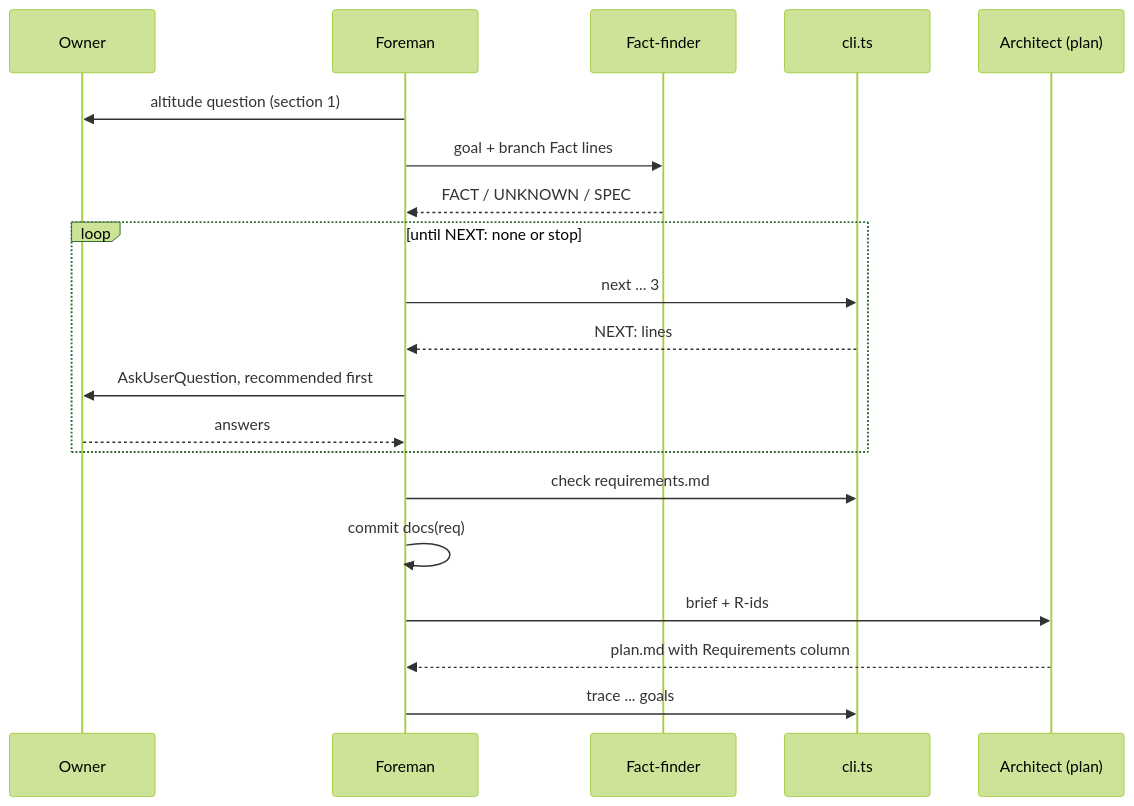
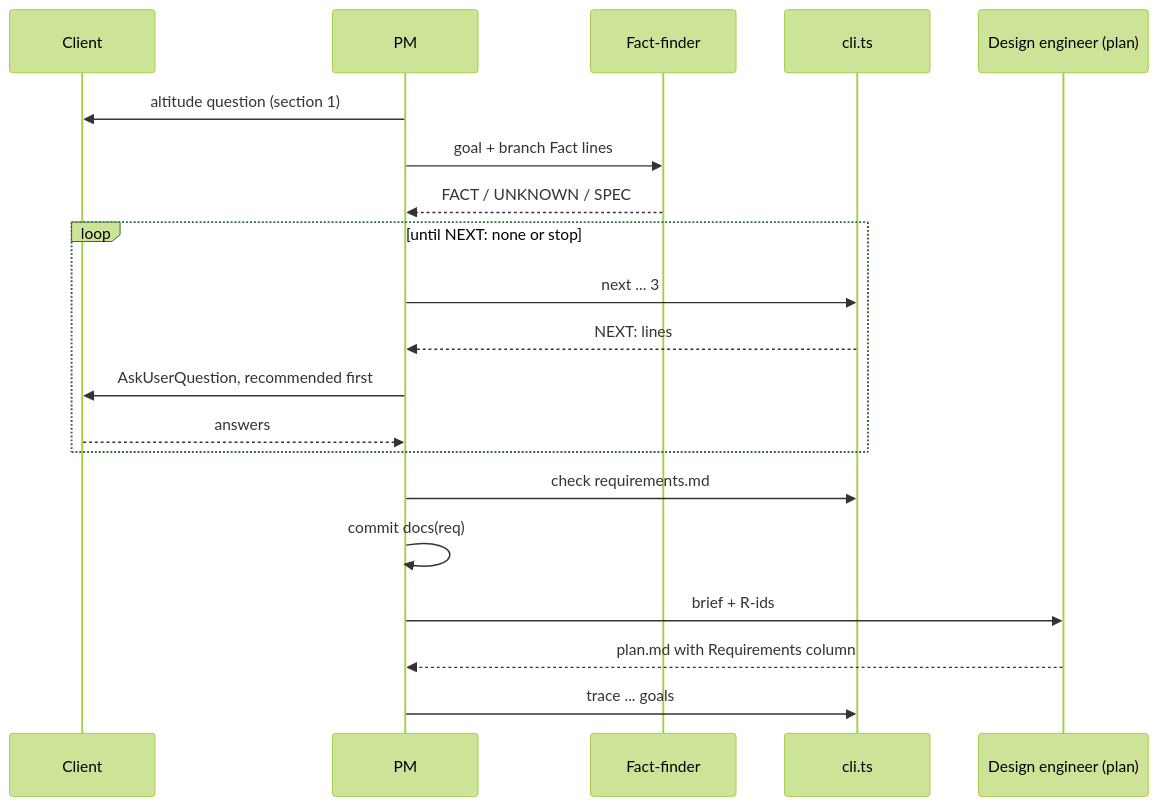
One commit to AbhiramDwivedi/truss changed the second of 2 diagrams in docs/adr/0008-owner-interview.md. Above: the diagram before and after it, drawn with Mermaid (forest theme). The commit also changed other lines of this file and 61 other files, not shown here.

````diff
--- a/docs/adr/0008-owner-interview.md
+++ b/docs/adr/0008-owner-interview.md
@@ -175,22 +175,22 @@
 ```mermaid
 sequenceDiagram
-  participant O as Owner
-  participant F as Foreman
+  participant O as Client
+  participant F as PM
   participant X as Fact-finder
   participant C as cli.ts
-  participant A as Architect (plan)
+  participant A as Design engineer (plan)
   F->>O: altitude question (section 1)
   F->>X: goal + branch Fact lines
   X-->>F: FACT / UNKNOWN / SPEC
   loop until NEXT: none or stop
     F->>C: next ... 3
     C-->>F: NEXT: lines
     F->>O: AskUserQuestion, recommended first
     O-->>F: answers
   end
   F->>C: check requirements.md
   F->>F: commit docs(req)
   F->>A: brief + R-ids
   A-->>F: plan.md with Requirements column
   F->>C: trace ... goals
 ```
````
